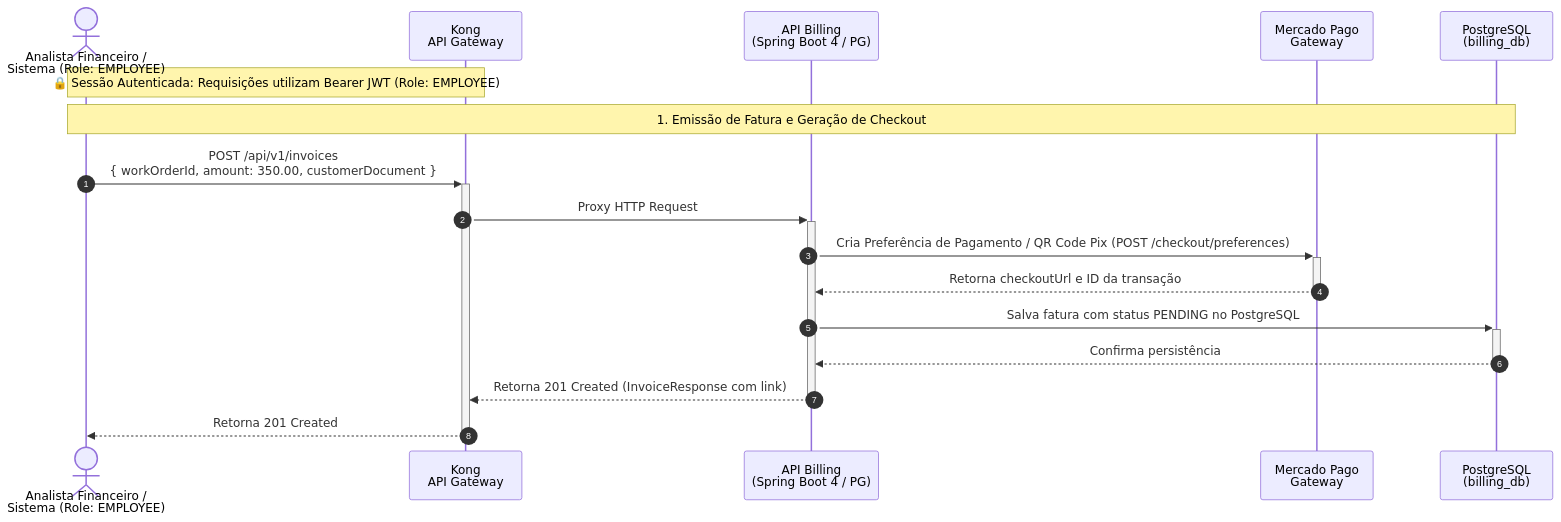
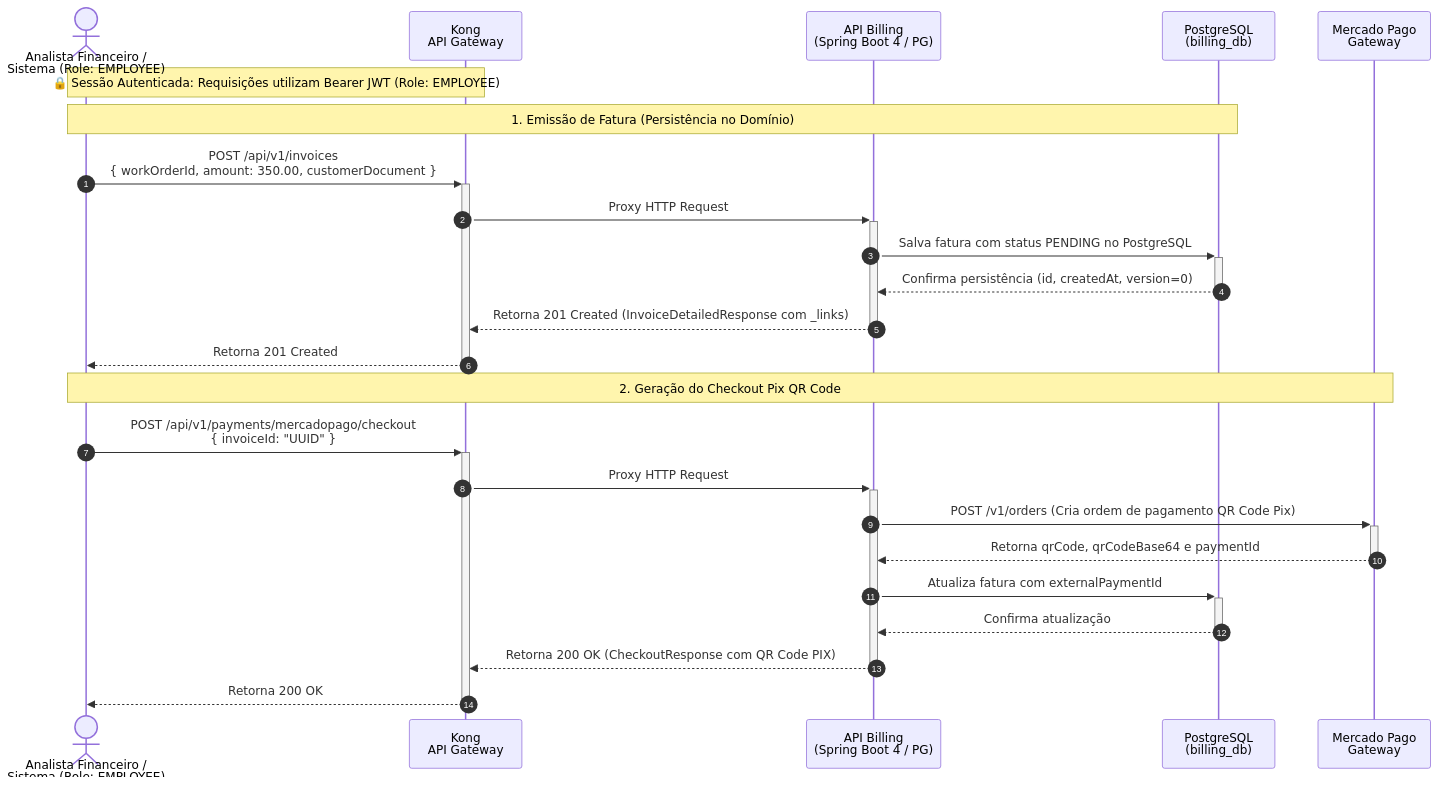
Before and after one commit to rodsordi/15soat-phase4-e2e: the diagram in src/test/resources/features/billing/invoice_generation.md, drawn with Mermaid. The commit also changed other lines of this file and 7 other files, not shown here.

````diff
--- a/src/test/resources/features/billing/invoice_generation.md
+++ b/src/test/resources/features/billing/invoice_generation.md
@@ -16,22 +18,31 @@
 ```mermaid
 sequenceDiagram
     autonumber
     actor Cliente as Analista Financeiro /<br/>Sistema (Role: EMPLOYEE)
     participant Kong as Kong<br/>API Gateway
     participant Billing as API Billing<br/>(Spring Boot 4 / PG)
+    participant DB as PostgreSQL<br/>(billing_db)
     participant MP as Mercado Pago<br/>Gateway
-    participant DB as PostgreSQL<br/>(billing_db)
 
     Note over Cliente,Kong: 🔒 Sessão Autenticada: Requisições utilizam Bearer JWT (Role: EMPLOYEE)
 
-    %% Geração da Fatura
-    Note over Cliente,DB: 1. Emissão de Fatura e Geração de Checkout
+    %% Etapa 1: Emissão da Fatura
+    Note over Cliente,DB: 1. Emissão de Fatura (Persistência no Domínio)
     Cliente->>+Kong: POST /api/v1/invoices<br/>{ workOrderId, amount: 350.00, customerDocument }
     Kong->>+Billing: Proxy HTTP Request
-    Billing->>+MP: Cria Preferência de Pagamento / QR Code Pix (POST /checkout/preferences)
-    MP-->>-Billing: Retorna checkoutUrl e ID da transação
     Billing->>+DB: Salva fatura com status PENDING no PostgreSQL
-    DB-->>-Billing: Confirma persistência
-    Billing-->>-Kong: Retorna 201 Created (InvoiceResponse com link)
+    DB-->>-Billing: Confirma persistência (id, createdAt, version=0)
+    Billing-->>-Kong: Retorna 201 Created (InvoiceDetailedResponse com _links)
     Kong-->>-Cliente: Retorna 201 Created
+
+    %% Etapa 2: Geração do Checkout Pix Mercado Pago
+    Note over Cliente,MP: 2. Geração do Checkout Pix QR Code
+    Cliente->>+Kong: POST /api/v1/payments/mercadopago/checkout<br/>{ invoiceId: "UUID" }
+    Kong->>+Billing: Proxy HTTP Request
+    Billing->>+MP: POST /v1/orders (Cria ordem de pagamento QR Code Pix)
+    MP-->>-Billing: Retorna qrCode, qrCodeBase64 e paymentId
+    Billing->>+DB: Atualiza fatura com externalPaymentId
+    DB-->>-Billing: Confirma atualização
+    Billing-->>-Kong: Retorna 200 OK (CheckoutResponse com QR Code PIX)
+    Kong-->>-Cliente: Retorna 200 OK
 ```
````
